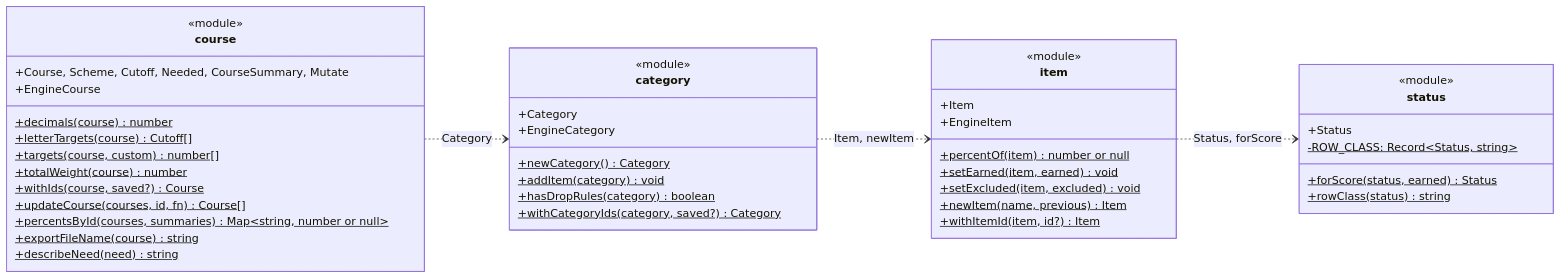
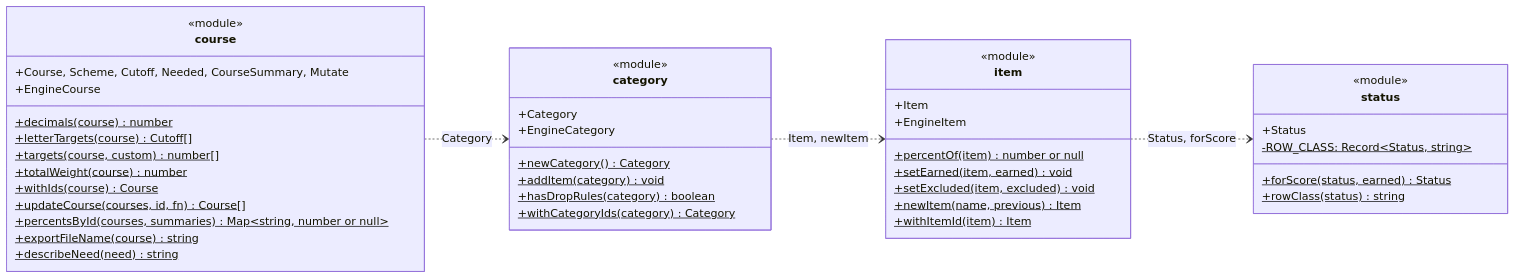
Before and after one commit to Patman1O1/grade-calculator: the ninth of 9 diagrams in docs/uml.md, drawn with Mermaid. The commit also changed other lines of this file and 14 other files, not shown here.

````diff
--- a/docs/uml.md
+++ b/docs/uml.md
@@ -383,47 +379,47 @@
 ```mermaid
 classDiagram
   direction LR
   class course {
     <<module>>
     +Course, Scheme, Cutoff, Needed, CourseSummary, Mutate
     +decimals(course)$ number
     +letterTargets(course)$ Cutoff[]
     +targets(course, custom)$ number[]
     +totalWeight(course)$ number
     +EngineCourse
-    +withIds(course, saved?)$ Course
+    +withIds(course)$ Course
     +updateCourse(courses, id, fn)$ Course[]
     +percentsById(courses, summaries)$ Map~string, number or null~
     +exportFileName(course)$ string
     +describeNeed(need)$ string
   }
   class category {
     <<module>>
     +Category
     +newCategory()$ Category
     +addItem(category)$ void
     +hasDropRules(category)$ boolean
     +EngineCategory
-    +withCategoryIds(category, saved?)$ Category
+    +withCategoryIds(category)$ Category
   }
   class item {
     <<module>>
     +Item
     +percentOf(item)$ number or null
     +setEarned(item, earned)$ void
     +setExcluded(item, excluded)$ void
     +newItem(name, previous)$ Item
     +EngineItem
-    +withItemId(item, id?)$ Item
+    +withItemId(item)$ Item
   }
   class status {
     <<module>>
     +Status
     +forScore(status, earned)$ Status
     -ROW_CLASS: Record~Status, string~$
     +rowClass(status)$ string
   }
   course ..> category : Category
   category ..> item : Item, newItem
   item ..> status : Status, forScore
 ```
````
